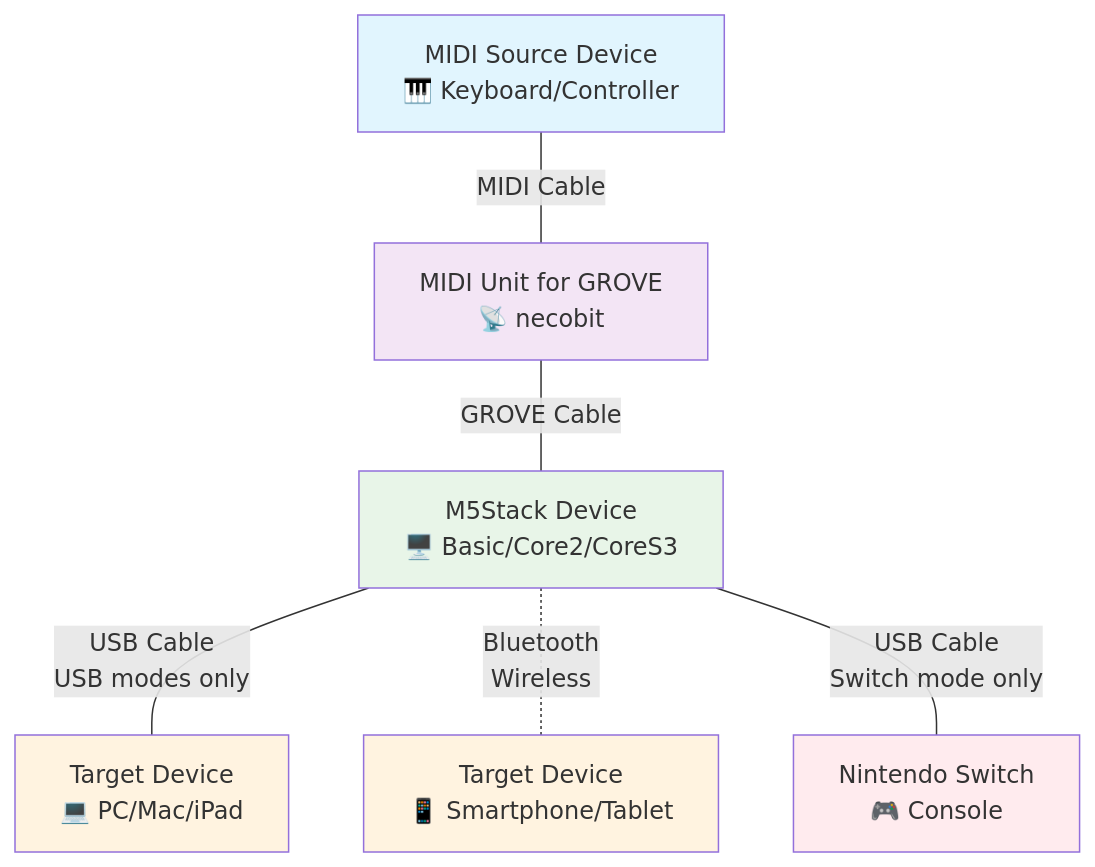
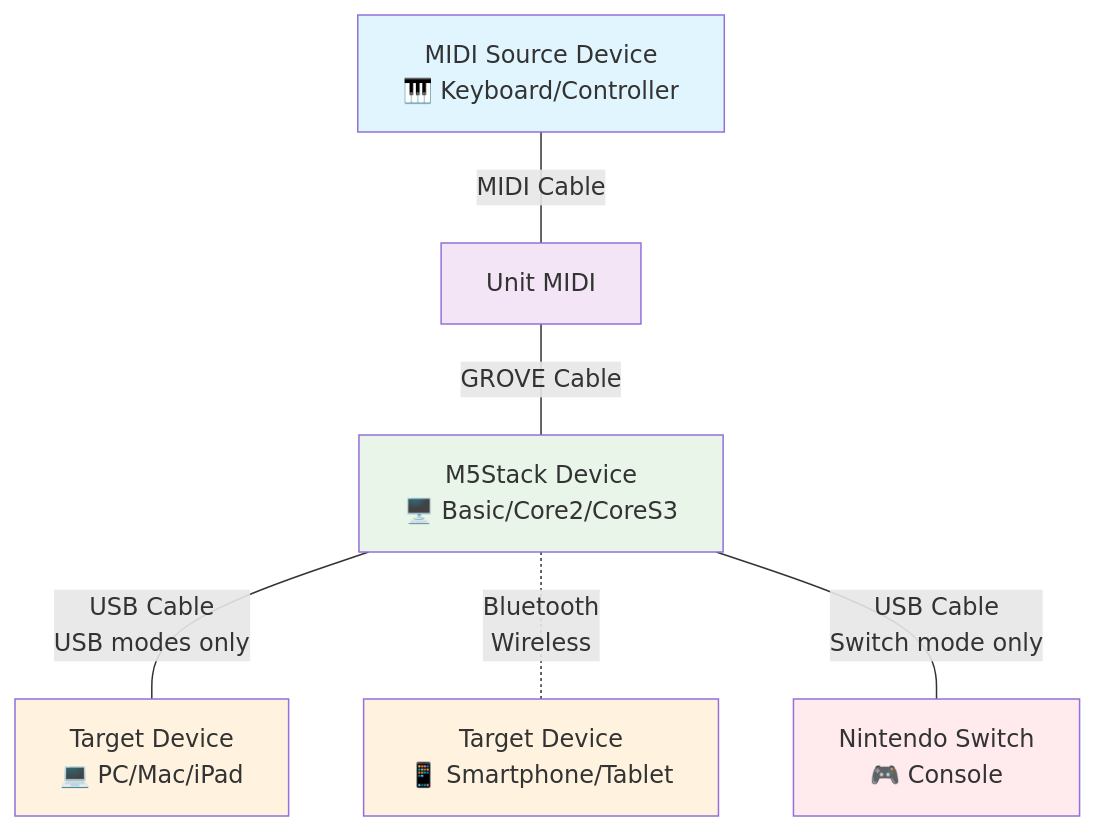
One commit to yh1224/m5-midi-sky changed the diagram in README.md. Above: the diagram before and after it, drawn with Mermaid. The commit also changed other lines of this file and 1 other file, not shown here.

Commit message:
use Unit MIDI

````diff
--- a/README.md
+++ b/README.md
@@ -27,22 +28,22 @@
 ```mermaid
 graph TD
     A[MIDI Source Device<br/>🎹 Keyboard/Controller] 
-    B[MIDI Unit for GROVE<br/>📡 necobit]
+    B[Unit MIDI]
     C[M5Stack Device<br/>🖥️ Basic/Core2/CoreS3]
     D1[Target Device<br/>💻 PC/Mac/iPad]
     D2[Target Device<br/>📱 Smartphone/Tablet]
     D3[Nintendo Switch<br/>🎮 Console]
     
     A ---|MIDI Cable| B
     B ---|GROVE Cable| C
     C ---|USB Cable<br/>USB modes only| D1
     C -.-|Bluetooth<br/>Wireless| D2
     C ---|USB Cable<br/>Switch mode only| D3
     
     style A fill:#e1f5fe
     style B fill:#f3e5f5
     style C fill:#e8f5e8
     style D1 fill:#fff3e0
     style D2 fill:#fff3e0
     style D3 fill:#ffebee
 ```
````
